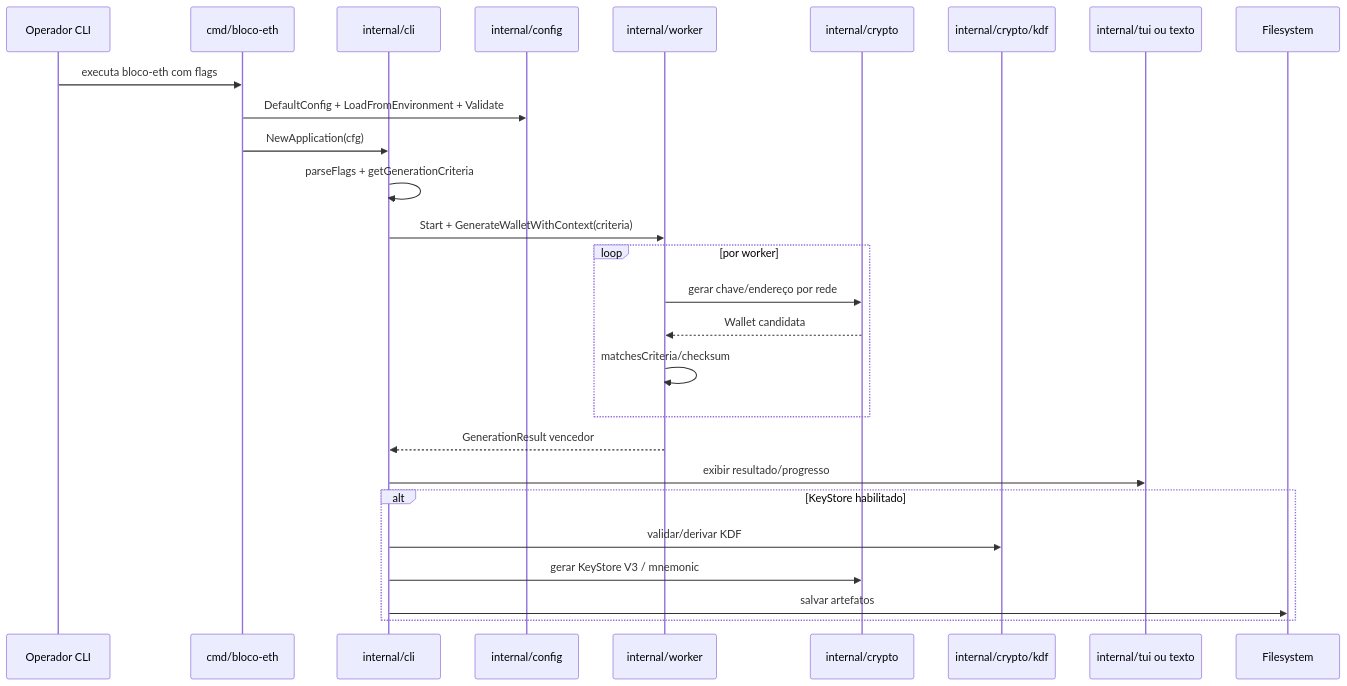
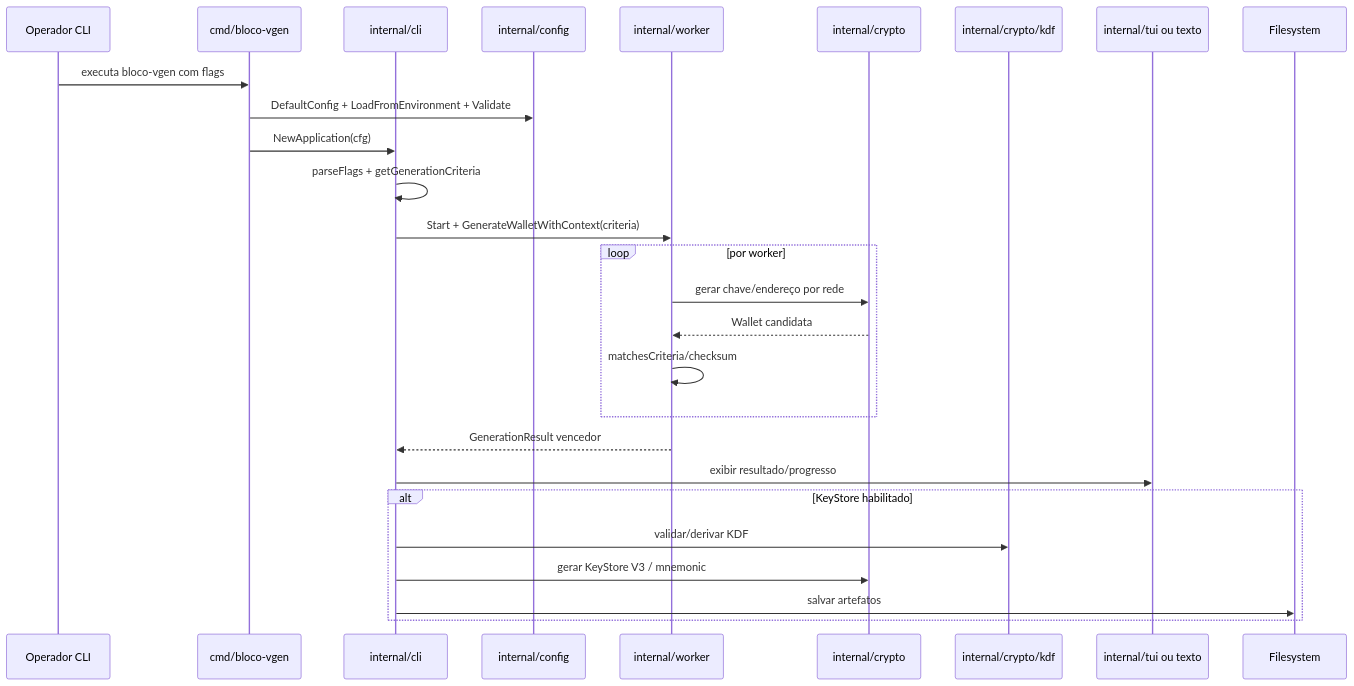
Before and after one commit to italoag/bloco-vanity-generator: the second of 2 diagrams in _reversa_sdd/architecture.md, drawn with Mermaid. The commit also changed other lines of this file and 80 other files, not shown here.

Commit message:
Rename binary from bloco-eth to bloco-vgen across all workflows and documentation

````diff
--- a/_reversa_sdd/architecture.md
+++ b/_reversa_sdd/architecture.md
@@ -86,30 +86,30 @@
 ```mermaid
 sequenceDiagram
   participant U as Operador CLI
-  participant Main as cmd/bloco-eth
+  participant Main as cmd/bloco-vgen
   participant CLI as internal/cli
   participant CFG as internal/config
   participant W as internal/worker
   participant C as internal/crypto
   participant K as internal/crypto/kdf
   participant T as internal/tui ou texto
   participant FS as Filesystem
 
-  U->>Main: executa bloco-eth com flags
+  U->>Main: executa bloco-vgen com flags
   Main->>CFG: DefaultConfig + LoadFromEnvironment + Validate
   Main->>CLI: NewApplication(cfg)
   CLI->>CLI: parseFlags + getGenerationCriteria
   CLI->>W: Start + GenerateWalletWithContext(criteria)
   loop por worker
     W->>C: gerar chave/endereço por rede
     C-->>W: Wallet candidata
     W->>W: matchesCriteria/checksum
   end
   W-->>CLI: GenerationResult vencedor
   CLI->>T: exibir resultado/progresso
   alt KeyStore habilitado
     CLI->>K: validar/derivar KDF
     CLI->>C: gerar KeyStore V3 / mnemonic
     CLI->>FS: salvar artefatos
   end
 ```
````
